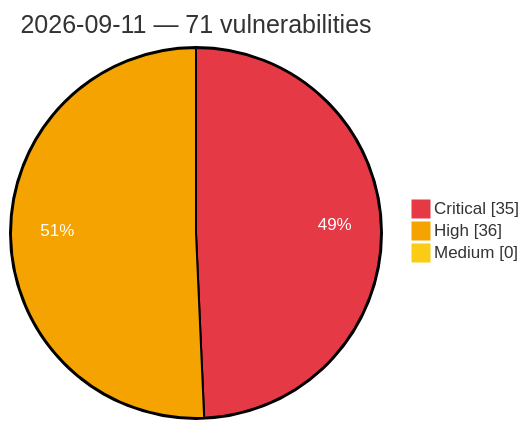
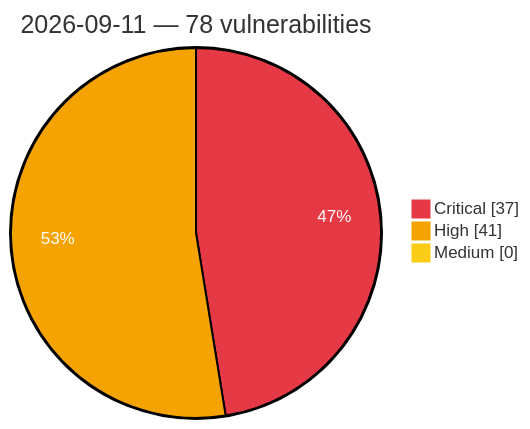
The diagram in vulnerabilities/2026/September/2026-09-11.md (GhostX0X/vuln-tracker), drawn with Mermaid before and after one commit. The commit also changed other lines of this file and 8 other files, not shown here.

Commit message:
Auto update: critical/high vulns (2026-09-12 06:09 UTC)

````diff
--- a/vulnerabilities/2026/September/2026-09-11.md
+++ b/vulnerabilities/2026/September/2026-09-11.md
@@ -3,8 +3,8 @@
 ```mermaid
 %%{init: {'theme':'base', 'themeVariables': {'pie1':'#e63946', 'pie2':'#f4a300', 'pie3':'#facc15', 'pieOpacity':'1', 'pieOuterStrokeWidth':'2px', 'pieSectionTextColor':'#ffffff'}}}%%
 pie showData
-    title 2026-09-11 — 71 vulnerabilities
-    "Critical" : 35
-    "High" : 36
+    title 2026-09-11 — 78 vulnerabilities
+    "Critical" : 37
+    "High" : 41
     "Medium" : 0
 ```
````
